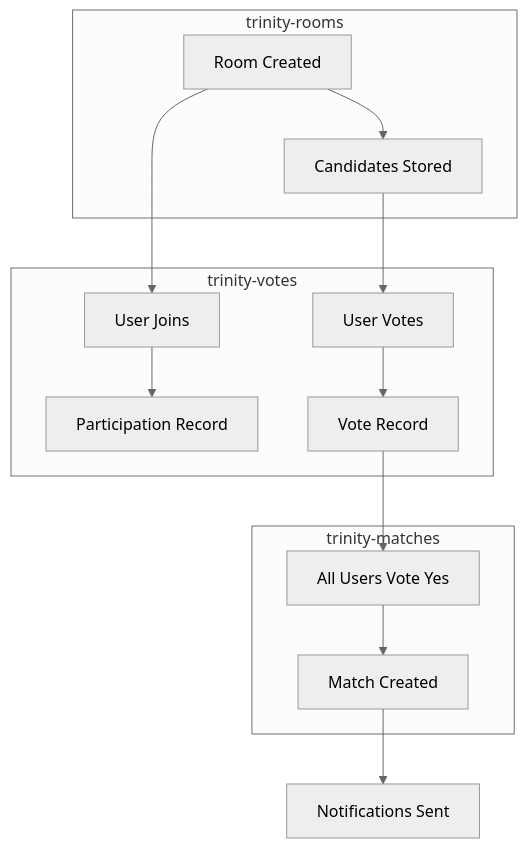
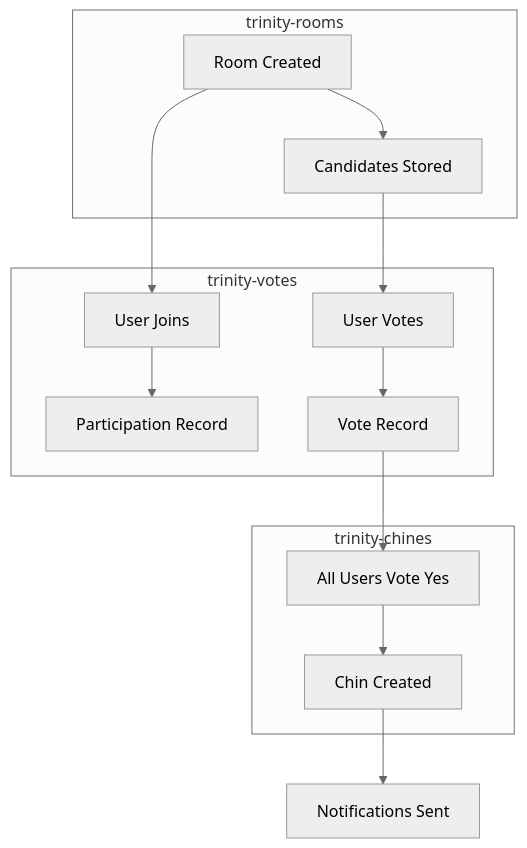
One commit to ibanezbetes/trinity-movie-voting changed the fourth of 4 diagrams in docs/technical/06-dynamodb-tables.md. Above: the diagram before and after it, drawn with Mermaid (neutral theme). The commit also changed other lines of this file and 54 other files, not shown here.

````diff
--- a/docs/technical/06-dynamodb-tables.md
+++ b/docs/technical/06-dynamodb-tables.md
@@ -399,21 +399,21 @@
 ```mermaid
 graph TB
     subgraph "trinity-rooms"
         A[Room Created]
         A --> B[Candidates Stored]
     end
     
     subgraph "trinity-votes"
         C[User Joins] --> D[Participation Record]
         E[User Votes] --> F[Vote Record]
     end
     
-    subgraph "trinity-matches"
-        G[All Users Vote Yes] --> H[Match Created]
+    subgraph "trinity-chines"
+        G[All Users Vote Yes] --> H[Chin Created]
     end
     
     A --> C
     B --> E
     F --> G
     H --> I[Notifications Sent]
 ```
````
